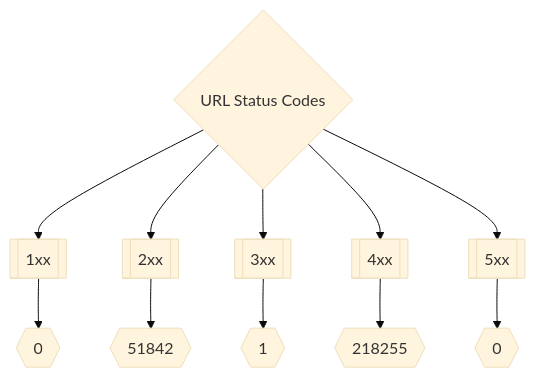
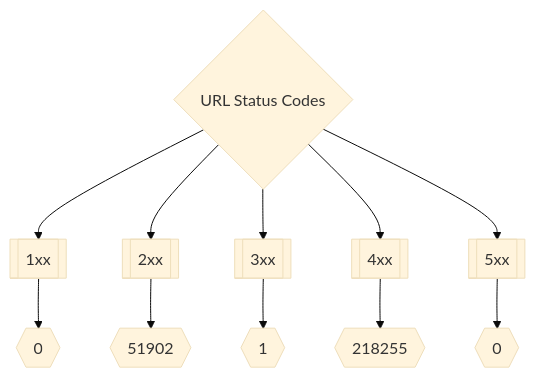
One commit to trickest/inventory changed the second of 3 diagrams in README.md. Above: the diagram before and after it, drawn with Mermaid (base theme). The commit also changed other lines of this file and 11 other files, not shown here.

````diff
--- a/README.md
+++ b/README.md
@@ -173,8 +173,8 @@
 ```mermaid
 graph TD
 title{URL Status Codes} --> 1xx[[1xx]] --> status1xxNum{{0}}
-title --> 2xx[[2xx]] --> status2xxNum{{51842}}
+title --> 2xx[[2xx]] --> status2xxNum{{51902}}
 title --> 3xx[[3xx]] --> status3xxNum{{1}}
 title --> 4xx[[4xx]] --> status4xxNum{{218255}}
 title --> 5xx[[5xx]] --> status5xxNum{{0}}
 ```
````
